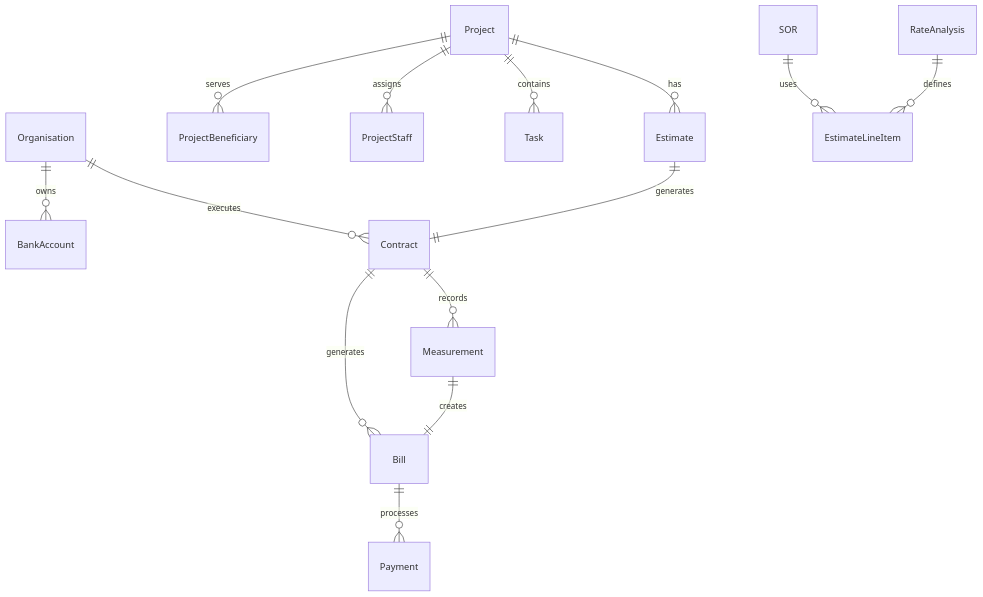
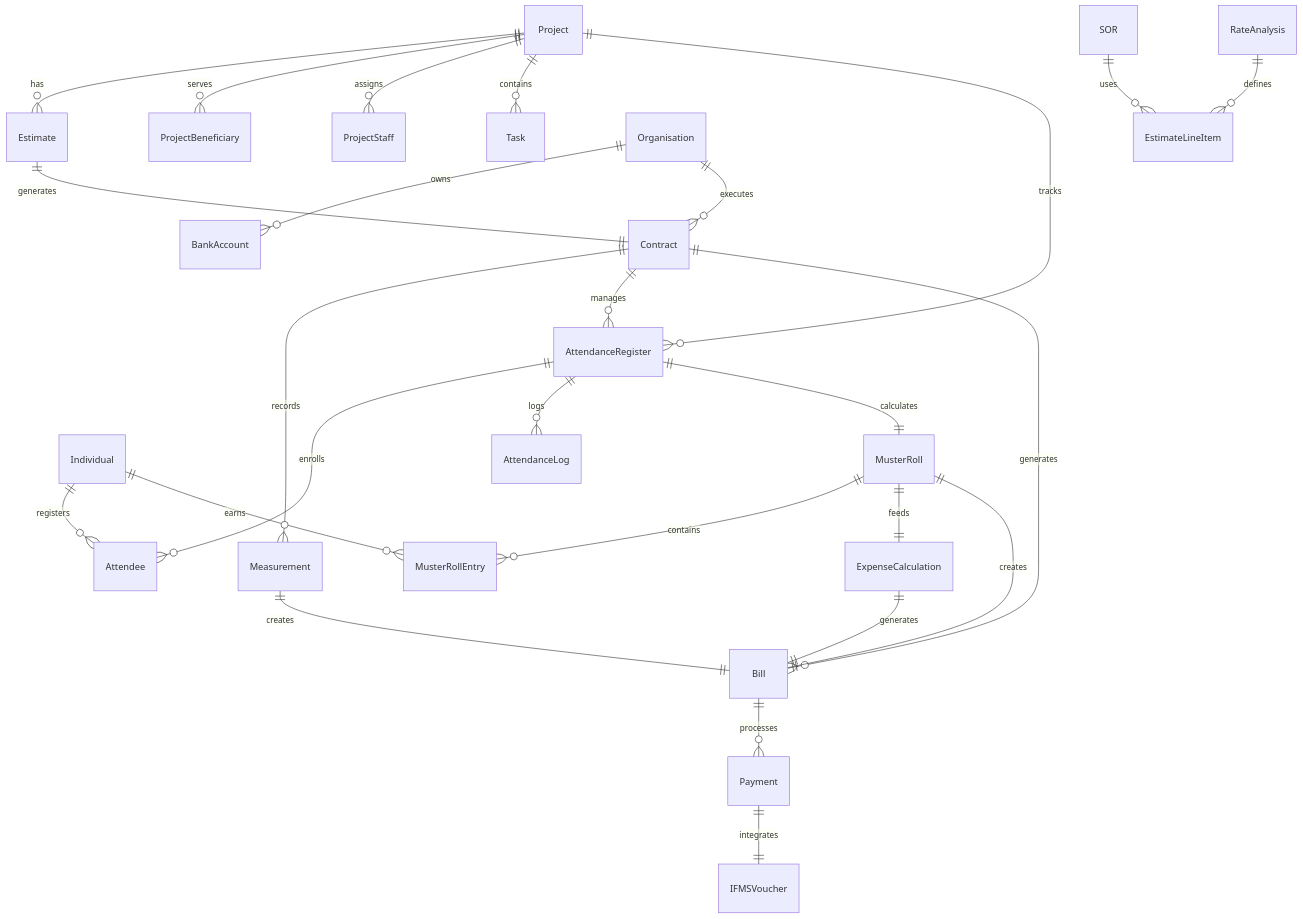
One commit to egovernments/DIGIT-Works changed the diagram in WORKS_PLATFORM_V1.1_COMPLETE_DOCUMENTATION.md. Above: the diagram before and after it, drawn with Mermaid. The commit also changed other lines of this file, not shown here.

````diff
--- a/WORKS_PLATFORM_V1.1_COMPLETE_DOCUMENTATION.md
+++ b/WORKS_PLATFORM_V1.1_COMPLETE_DOCUMENTATION.md
@@ -456,22 +685,37 @@
 ```mermaid
 erDiagram
     Project ||--o{ Estimate : has
     Project ||--o{ ProjectBeneficiary : serves
     Project ||--o{ ProjectStaff : assigns
     Project ||--o{ Task : contains
+    Project ||--o{ AttendanceRegister : tracks
     
     Organisation ||--o{ BankAccount : owns
     Organisation ||--o{ Contract : executes
     
+    Individual ||--o{ Attendee : registers
+    Individual ||--o{ MusterRollEntry : earns
+    
     Estimate ||--|| Contract : generates
     
     Contract ||--o{ Measurement : records
+    Contract ||--o{ AttendanceRegister : manages
     Contract ||--o{ Bill : generates
     
+    AttendanceRegister ||--o{ Attendee : enrolls
+    AttendanceRegister ||--o{ AttendanceLog : logs
+    AttendanceRegister ||--|| MusterRoll : calculates
+    
+    MusterRoll ||--o{ MusterRollEntry : contains
+    MusterRoll ||--|| ExpenseCalculation : feeds
+    
     Measurement ||--|| Bill : creates
+    MusterRoll ||--|| Bill : creates
     
+    ExpenseCalculation ||--|| Bill : generates
     Bill ||--o{ Payment : processes
+    Payment ||--|| IFMSVoucher : integrates
     
     SOR ||--o{ EstimateLineItem : uses
     RateAnalysis ||--o{ EstimateLineItem : defines
 ```
````
